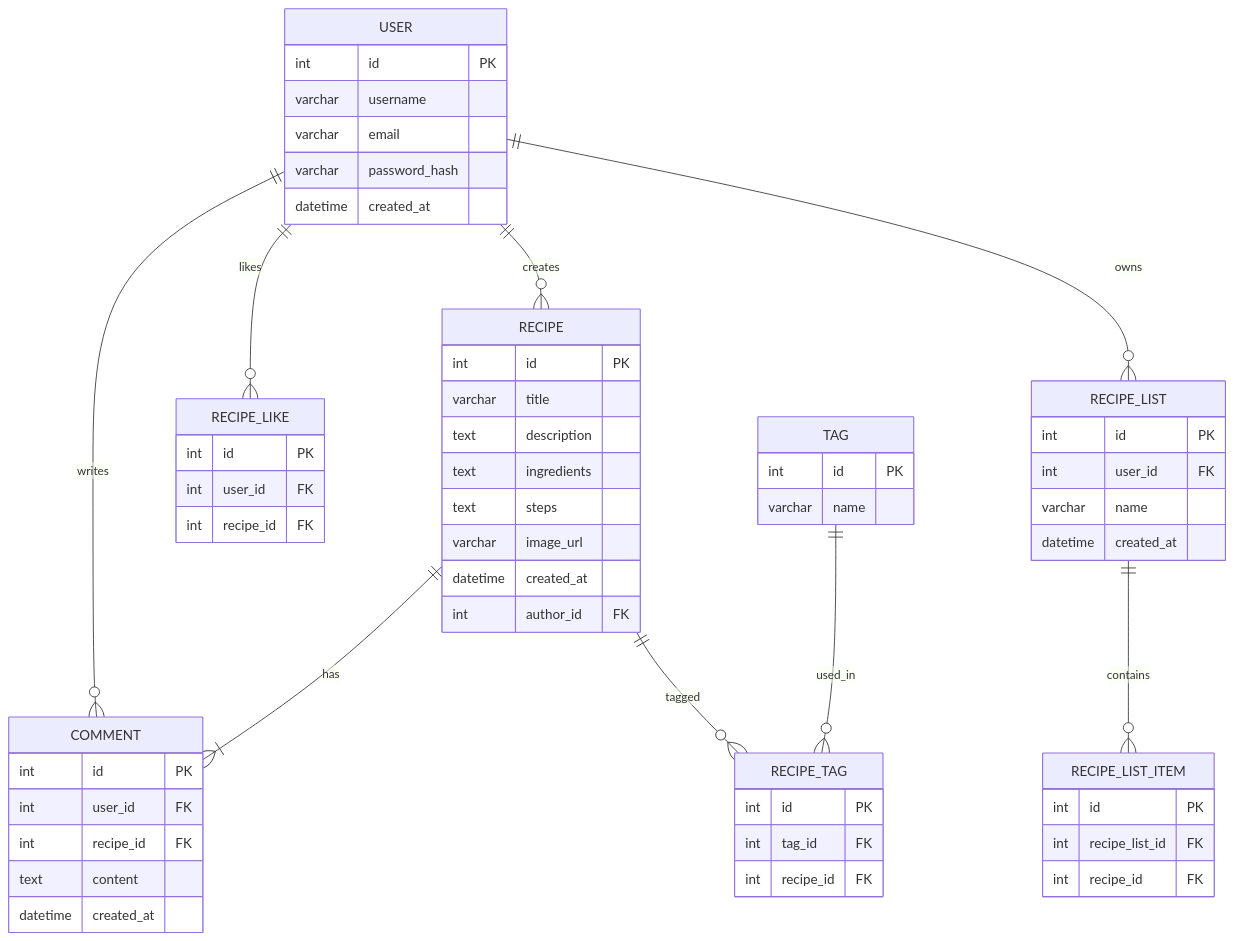
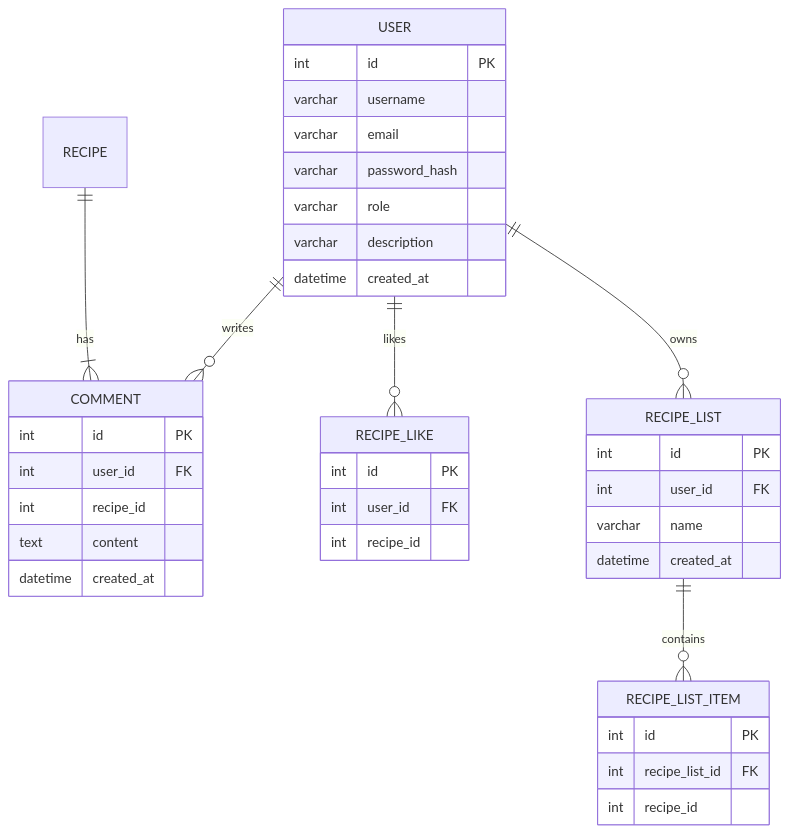
One commit to Rickenbacker620/webdev-final-project changed the diagram in docs/er-diagram.md. Above: the diagram before and after it, drawn with Mermaid. The commit also changed 1 other file, not shown here.

Commit message:
redo er diagram

````diff
--- a/docs/er-diagram.md
+++ b/docs/er-diagram.md
@@ -1,70 +1,47 @@
 ```mermaid
 erDiagram
 
-  USER ||--o{ RECIPE : creates
   USER ||--o{ COMMENT : writes
   USER ||--o{ RECIPE_LIKE : likes
   USER ||--o{ RECIPE_LIST : owns
 
   RECIPE ||--|{ COMMENT : has
-  RECIPE ||--o{ RECIPE_TAG : tagged
-  TAG ||--o{ RECIPE_TAG : used_in
   RECIPE_LIST ||--o{ RECIPE_LIST_ITEM : contains
-
-  RECIPE {
-    int id PK
-    varchar title
-    text description
-    text ingredients
-    text steps
-    varchar image_url
-    datetime created_at
-    int author_id FK
-  }
 
   USER {
     int id PK
     varchar username
     varchar email
     varchar password_hash
+    varchar role
+    varchar description
     datetime created_at
   }
 
   COMMENT {
     int id PK
     int user_id FK
-    int recipe_id FK
+    int recipe_id
     text content
     datetime created_at
   }
 
   RECIPE_LIKE {
     int id PK
     int user_id FK
-    int recipe_id FK
+    int recipe_id
   }
 
   RECIPE_LIST {
     int id PK
     int user_id FK
     varchar name
     datetime created_at
   }
 
   RECIPE_LIST_ITEM {
     int id PK
     int recipe_list_id FK
-    int recipe_id FK
-  }
-
-  TAG {
-    int id PK
-    varchar name
-  }
-
-  RECIPE_TAG {
-    int id PK
-    int tag_id FK
-    int recipe_id FK
+    int recipe_id
   }
 ```
````
